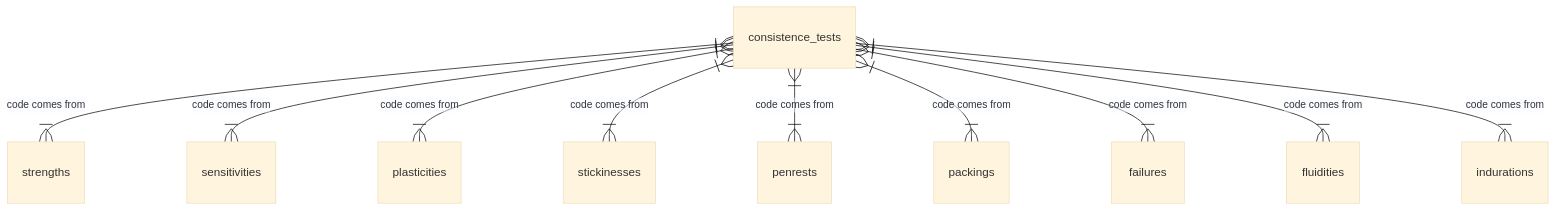
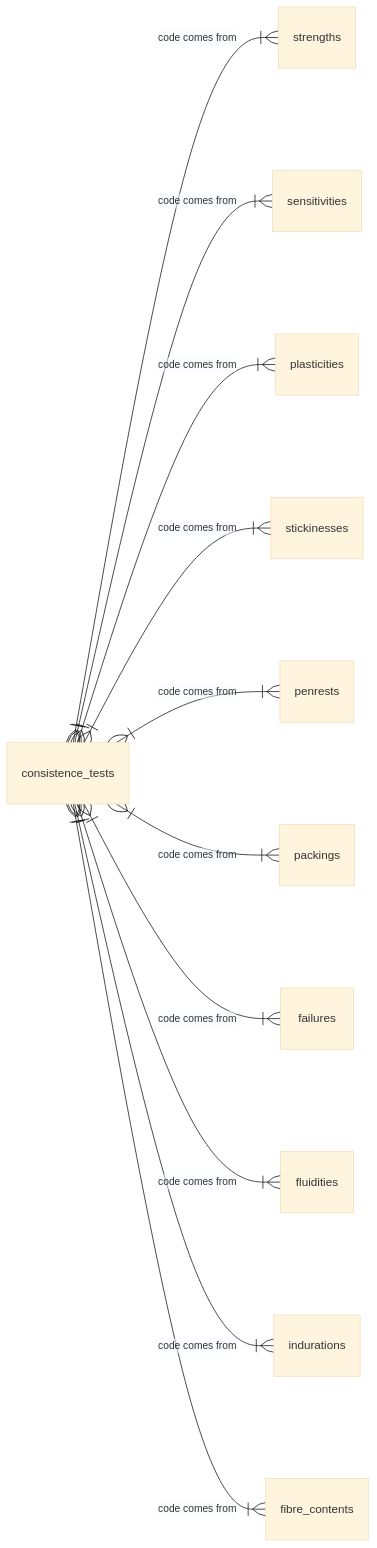
Diagram 18 of 27 in ap_03_database_design.qmd (manaakiwhenua/NZ_soildesc_2024), drawn with Mermaid (base theme) before and after one commit. The commit also changed other lines of this file, not shown here.

````diff
--- a/ap_03_database_design.qmd
+++ b/ap_03_database_design.qmd
@@ -1446,17 +1577,18 @@
 ```{mermaid}
 %%| label: fig-mhorcono
 %%| fig-cap: "Horizon consistence tests - Overview"
 
-%%{ init: { 'er': { 'layoutDirection': 'LR' } } }%%
 erDiagram
+  direction LR
   consistence_tests }|--|{ strengths : "code comes from"
   consistence_tests }|--|{ sensitivities : "code comes from"
   consistence_tests }|--|{ plasticities : "code comes from"
   consistence_tests }|--|{ stickinesses : "code comes from"
   consistence_tests }|--|{ penrests : "code comes from"
   consistence_tests }|--|{ packings : "code comes from"
   consistence_tests }|--|{ failures : "code comes from"
   consistence_tests }|--|{ fluidities : "code comes from"
   consistence_tests }|--|{ indurations : "code comes from"
+  consistence_tests }|--|{ fibre_contents : "code comes from"
 
 ```
````
